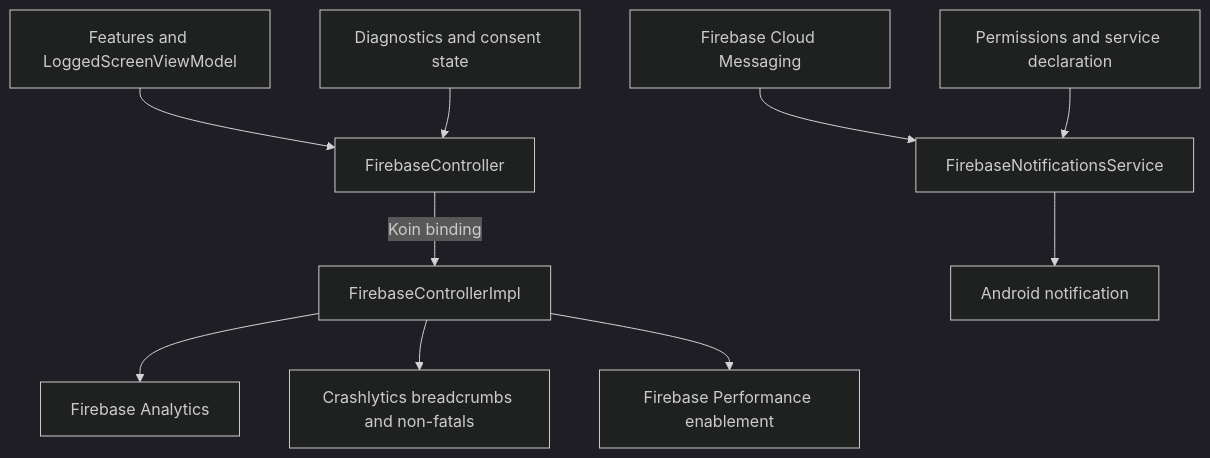
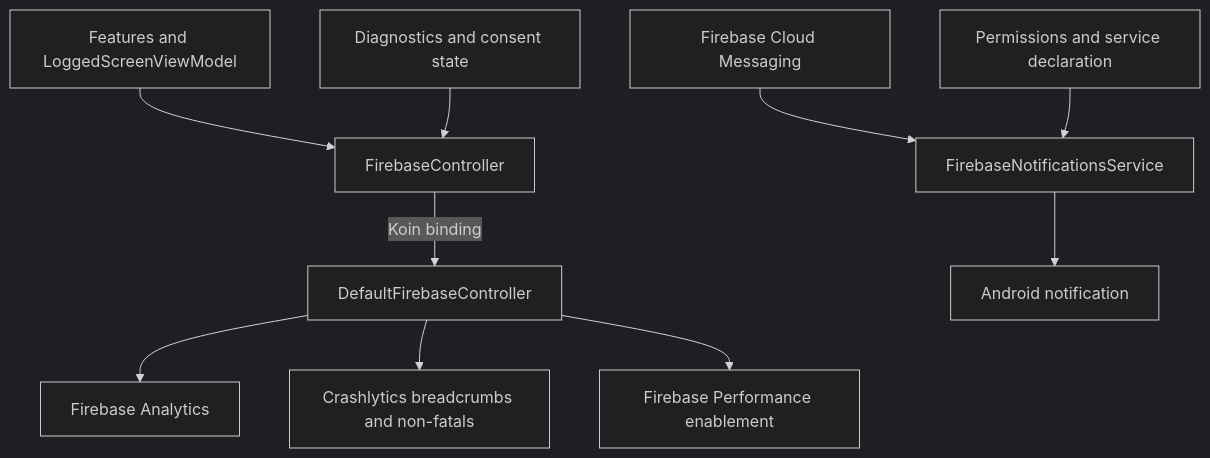
Before and after one commit to MihaiCristianCondrea/App-Toolkit-for-Android: the diagram in library/integration/firebase/README.md, drawn with Mermaid (dark theme). The commit also changed other lines of this file and 8 other files, not shown here.

First line of the commit message:
refactor(firebase): rename controller to DefaultFirebaseController and add unit tests

````diff
--- a/library/integration/firebase/README.md
+++ b/library/integration/firebase/README.md
@@ -34,12 +34,12 @@
 ```mermaid
 flowchart TD
     Features[Features and LoggedScreenViewModel] --> Contract[FirebaseController]
     Consent[Diagnostics and consent state] --> Contract
-    Contract -->|Koin binding| Impl[FirebaseControllerImpl]
+    Contract -->|Koin binding| Impl[DefaultFirebaseController]
     Impl --> Analytics[Firebase Analytics]
     Impl --> Crash[Crashlytics breadcrumbs and non-fatals]
     Impl --> Performance[Firebase Performance enablement]
     FCM[Firebase Cloud Messaging] --> Service[FirebaseNotificationsService]
     Service --> Notification[Android notification]
     Manifest[Permissions and service declaration] --> Service
 ```
````
